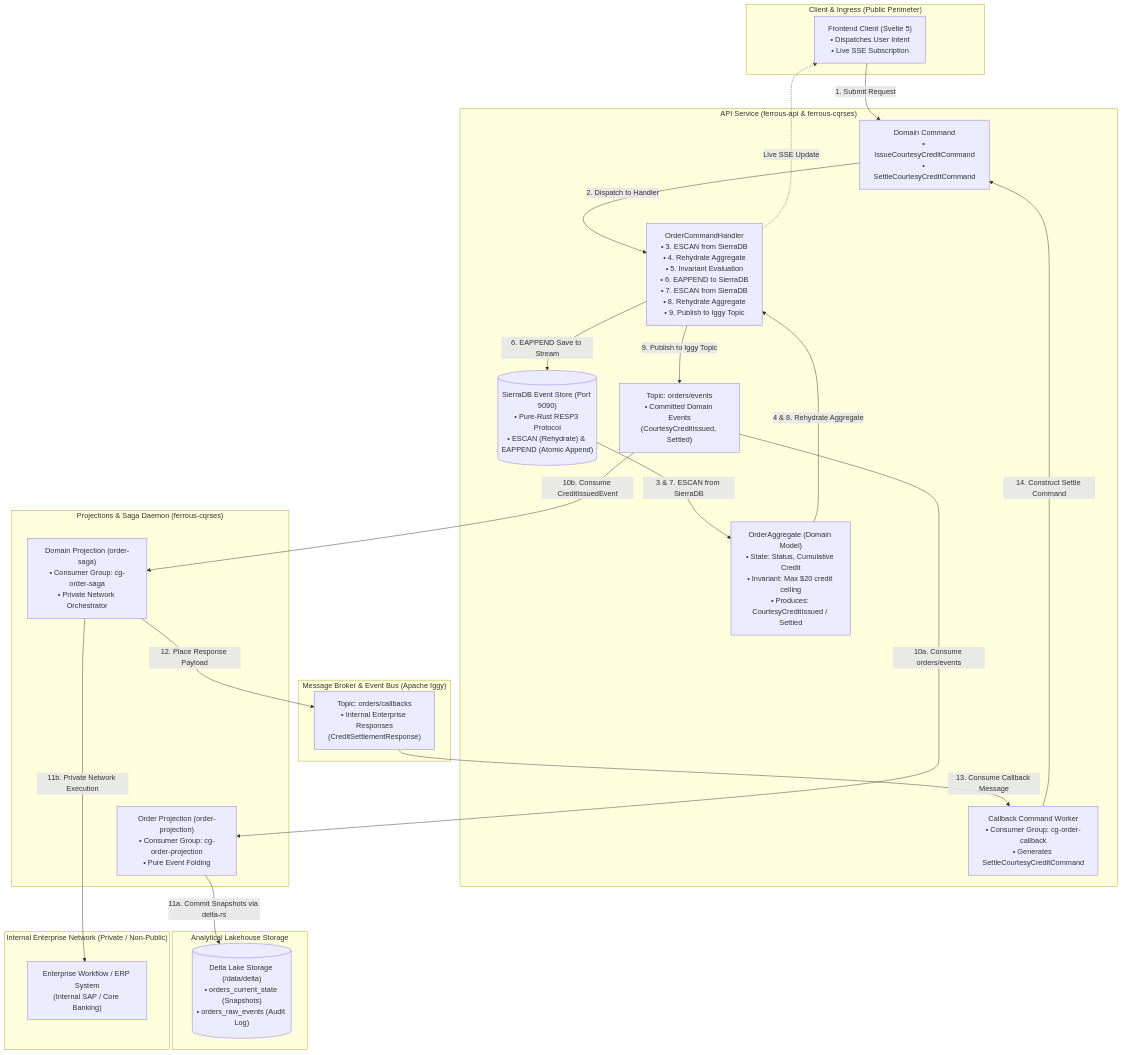
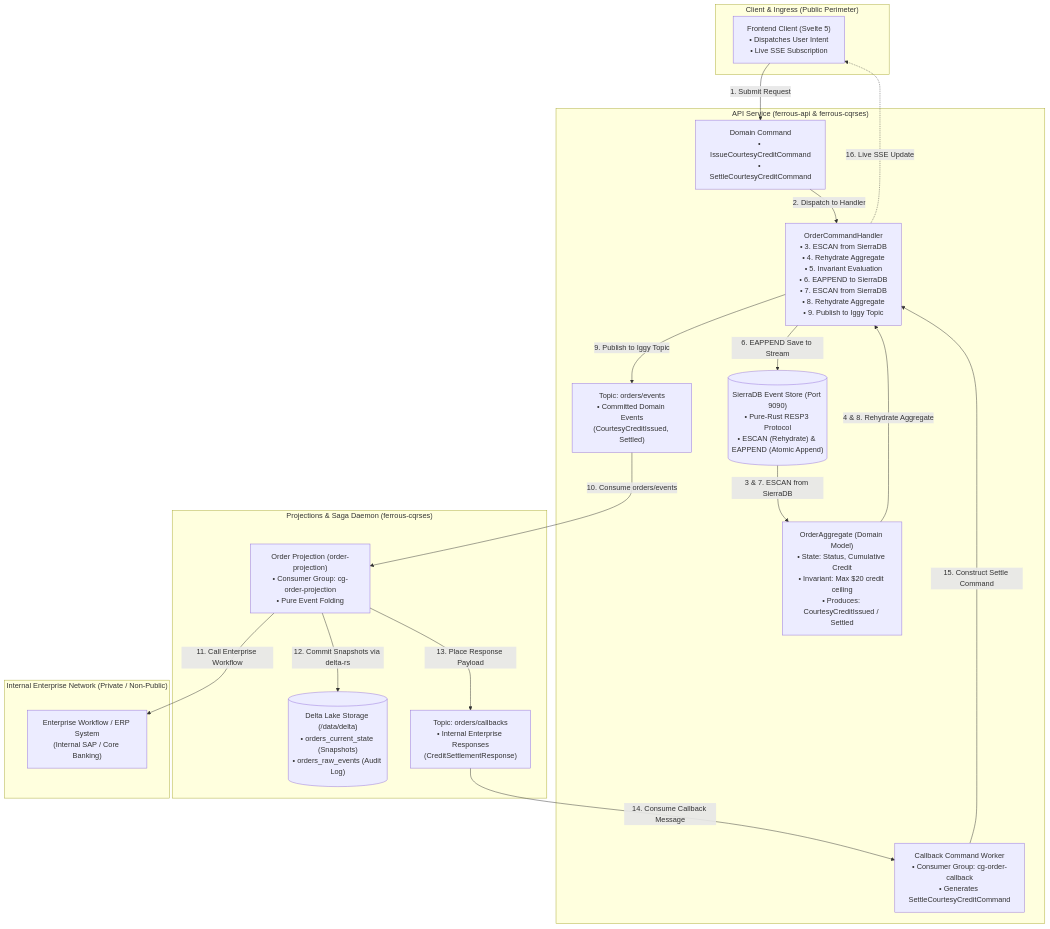
Before and after one commit to reidlai/ferrous-cx: the first of 2 diagrams in README.md, drawn with Mermaid.

Commit message:
docs(architecture): consolidate Projection_Tier and streamline 1-16 step flow in README

````diff
--- a/README.md
+++ b/README.md
@@ -42,63 +42,47 @@
 ```mermaid
 flowchart TD
     subgraph Client_Tier ["Client & Ingress (Public Perimeter)"]
         Client["Frontend Client (Svelte 5)<br/>• Dispatches User Intent<br/>• Live SSE Subscription"]
     end
 
     subgraph API_Tier ["API Service (ferrous-api & ferrous-cqrses)"]
         Command["Domain Command<br/>• IssueCourtesyCreditCommand<br/>• SettleCourtesyCreditCommand"]
         CommandHandler["OrderCommandHandler<br/>• 3. ESCAN from SierraDB<br/>• 4. Rehydrate Aggregate<br/>• 5. Invariant Evaluation<br/>• 6. EAPPEND to SierraDB<br/>• 7. ESCAN from SierraDB<br/>• 8. Rehydrate Aggregate<br/>• 9. Publish to Iggy Topic"]
         Aggregate["OrderAggregate (Domain Model)<br/>• State: Status, Cumulative Credit<br/>• Invariant: Max $20 credit ceiling<br/>• Produces: CourtesyCreditIssued / Settled"]
         CallbackWorker["Callback Command Worker<br/>• Consumer Group: cg-order-callback<br/>• Generates SettleCourtesyCreditCommand"]
         SierraDB[("SierraDB Event Store (Port 9090)<br/>• Pure-Rust RESP3 Protocol<br/>• ESCAN (Rehydrate) & EAPPEND (Atomic Append)")]
 
         Command -->|"2. Dispatch to Handler"| CommandHandler
         SierraDB -->|"3 & 7. ESCAN from SierraDB"| Aggregate
         Aggregate -->|"4 & 8. Rehydrate Aggregate"| CommandHandler
         CommandHandler -->|"6. EAPPEND Save to Stream"| SierraDB
         CommandHandler -->|"9. Publish to Iggy Topic"| IggyEvents
-    end
-
-    subgraph Streaming_Fabric ["Message Broker & Event Bus (Apache Iggy)"]
-        IggyEvents["Topic: orders/events<br/>• Committed Domain Events<br/>(CourtesyCreditIssued, Settled)"]
-        IggyCallbacks["Topic: orders/callbacks<br/>• Internal Enterprise Responses<br/>(CreditSettlementResponse)"]
+        CallbackWorker -->|"15. Construct Settle Command"| CommandHandler        
     end
 
     subgraph Projection_Tier ["Projections & Saga Daemon (ferrous-cqrses)"]
         OrderProjection["Order Projection (order-projection)<br/>• Consumer Group: cg-order-projection<br/>• Pure Event Folding"]
-        DomainProjection["Domain Projection (order-saga)<br/>• Consumer Group: cg-order-saga<br/>• Private Network Orchestrator"]
-    end
+        DeltaLake[("Delta Lake Storage (/data/delta)<br/>• orders_current_state (Snapshots)<br/>• orders_raw_events (Audit Log)")]        
+        IggyEvents["Topic: orders/events<br/>• Committed Domain Events<br/>(CourtesyCreditIssued, Settled)"]        
+        IggyCallbacks["Topic: orders/callbacks<br/>• Internal Enterprise Responses<br/>(CreditSettlementResponse)"]        
 
-    subgraph Lakehouse_Tier ["Analytical Lakehouse Storage"]
-        DeltaLake[("Delta Lake Storage (/data/delta)<br/>• orders_current_state (Snapshots)<br/>• orders_raw_events (Audit Log)")]
+        IggyEvents -->|"10. Consume orders/events"| OrderProjection
+        OrderProjection -->|"12. Commit Snapshots via delta-rs"| DeltaLake
+        OrderProjection -->|"13. Place Response Payload"| IggyCallbacks       
     end
 
     subgraph Enterprise_Tier ["Internal Enterprise Network (Private / Non-Public)"]
         EnterpriseWorkflow["Enterprise Workflow / ERP System<br/>(Internal SAP / Core Banking)"]
     end        
 
     Client_Tier ~~~ API_Tier
-    API_Tier ~~~ Streaming_Fabric
-    Streaming_Fabric ~~~ Projection_Tier
-    Projection_Tier ~~~ Lakehouse_Tier
+    API_Tier ~~~ Projection_Tier
     Projection_Tier ~~~ Enterprise_Tier    
 
     %% Step 1: User Command Ingestion
     Client -->|"1. Submit Request"| Command
-    CommandHandler -.->|"Live SSE Update"| Client
+    CommandHandler -.->|"16. Live SSE Update"| Client
+    OrderProjection -->|"11. Call Enterprise Workflow"| EnterpriseWorkflow
+    IggyCallbacks -->|"14. Consume Callback Message"| CallbackWorker
 
-    %% Step 2: Projections & Delta Lake Write
-    IggyEvents -->|"10a. Consume orders/events"| OrderProjection
-    OrderProjection -->|"11a. Commit Snapshots via delta-rs"| DeltaLake
-
-    %% Step 3: Domain Projection Consumption
-    IggyEvents -->|"10b. Consume CreditIssuedEvent"| DomainProjection
-    DomainProjection -->|"11b. Private Network Execution"| EnterpriseWorkflow
-
-    %% Step 4: Callback Queue Placement
-    DomainProjection -->|"12. Place Response Payload"| IggyCallbacks
-
-    %% Step 5: Callback to Command Loop
-    IggyCallbacks -->|"13. Consume Callback Message"| CallbackWorker
-    CallbackWorker -->|"14. Construct Settle Command"| Command
 ```
````
